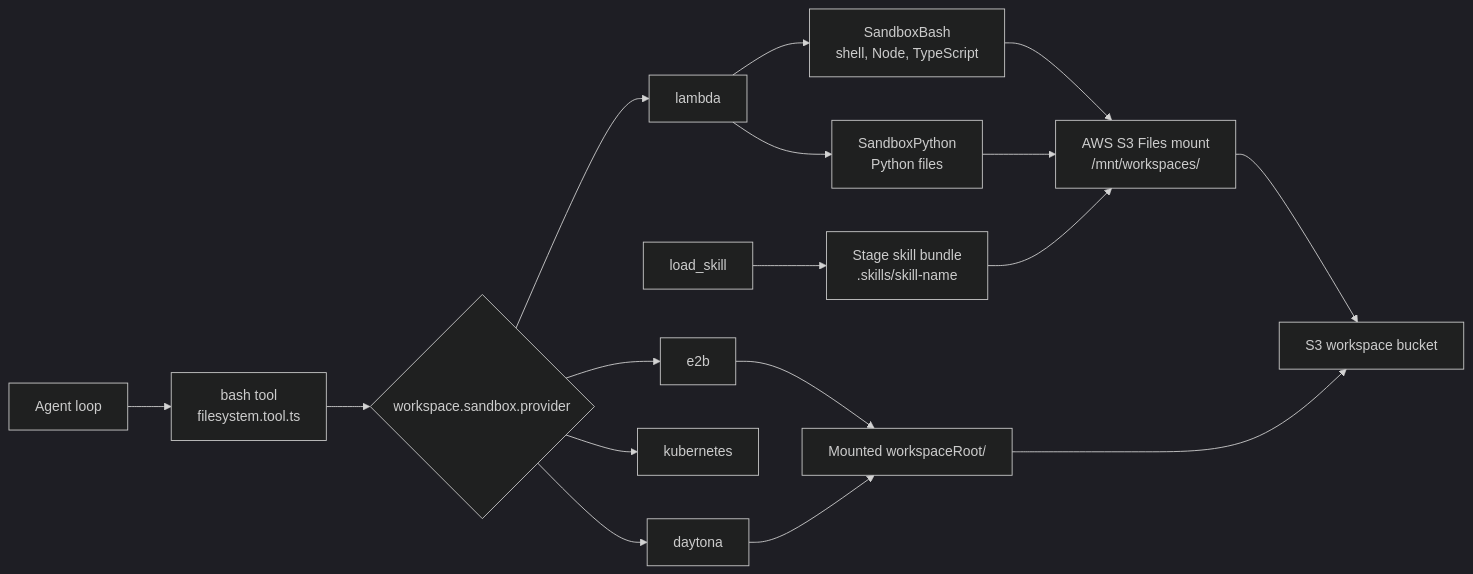
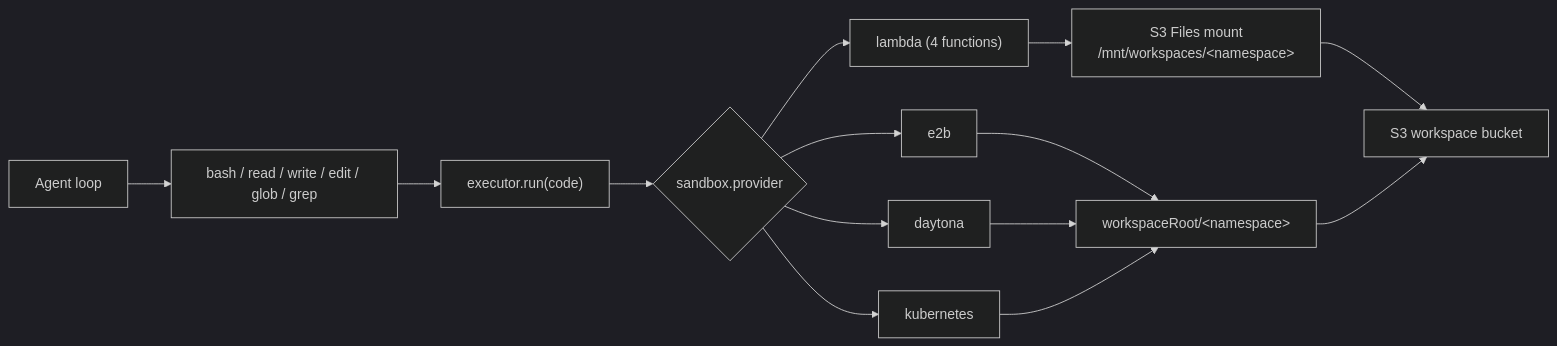
Before and after one commit to beeblastco/broods: the diagram in docs/workspace/sandbox/index.md, drawn with Mermaid (dark theme). The commit also changed other lines of this file and 84 other files, not shown here.

````diff
--- a/docs/workspace/sandbox/index.md
+++ b/docs/workspace/sandbox/index.md
@@ -5,19 +8,16 @@
 ```mermaid
 flowchart LR
-  Agent["Agent loop"] --> Tool["bash tool<br/>filesystem.tool.ts"]
-  Tool --> Provider{"workspace.sandbox.provider"}
-  Provider --> Lambda["lambda"]
+  Agent["Agent loop"] --> Tools["bash / read / write / edit / glob / grep"]
+  Tools --> Run["executor.run(code)"]
+  Run --> Provider{"sandbox.provider"}
+  Provider --> Lambda["lambda (4 functions)"]
   Provider --> E2B["e2b"]
   Provider --> Daytona["daytona"]
   Provider --> Kubernetes["kubernetes"]
-  Lambda --> Bash["SandboxBash<br/>shell, Node, TypeScript"]
-  Lambda --> Python["SandboxPython<br/>Python files"]
-  Bash --> Mount["AWS S3 Files mount<br/>/mnt/workspaces/<namespace>"]
-  Python --> Mount
-  Skill["load_skill"] --> Stage["Stage skill bundle<br/>.skills/skill-name"]
-  Stage --> Mount
-  E2B --> ExternalMount["Mounted workspaceRoot/<namespace>"]
+  Lambda --> Mount["S3 Files mount<br/>/mnt/workspaces/&lt;namespace&gt;"]
+  E2B --> ExternalMount["workspaceRoot/&lt;namespace&gt;"]
   Daytona --> ExternalMount
+  Kubernetes --> ExternalMount
   Mount --> Bucket["S3 workspace bucket"]
   ExternalMount --> Bucket
 ```
````
